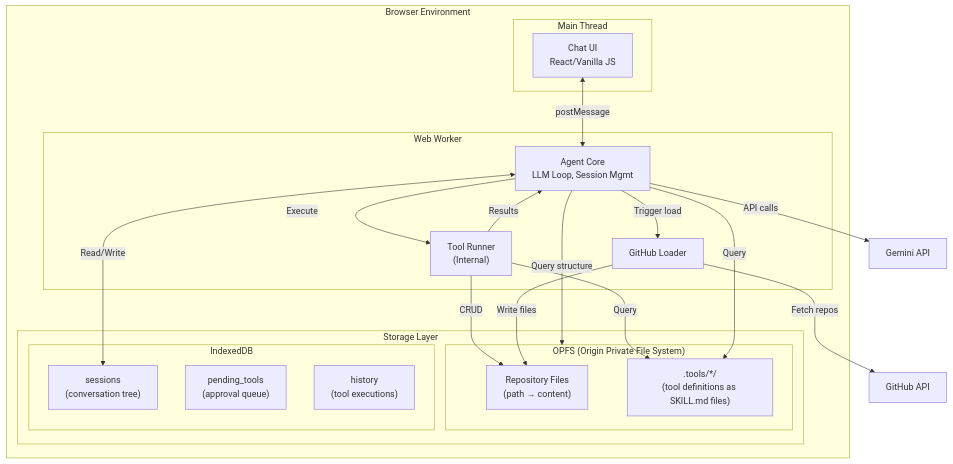
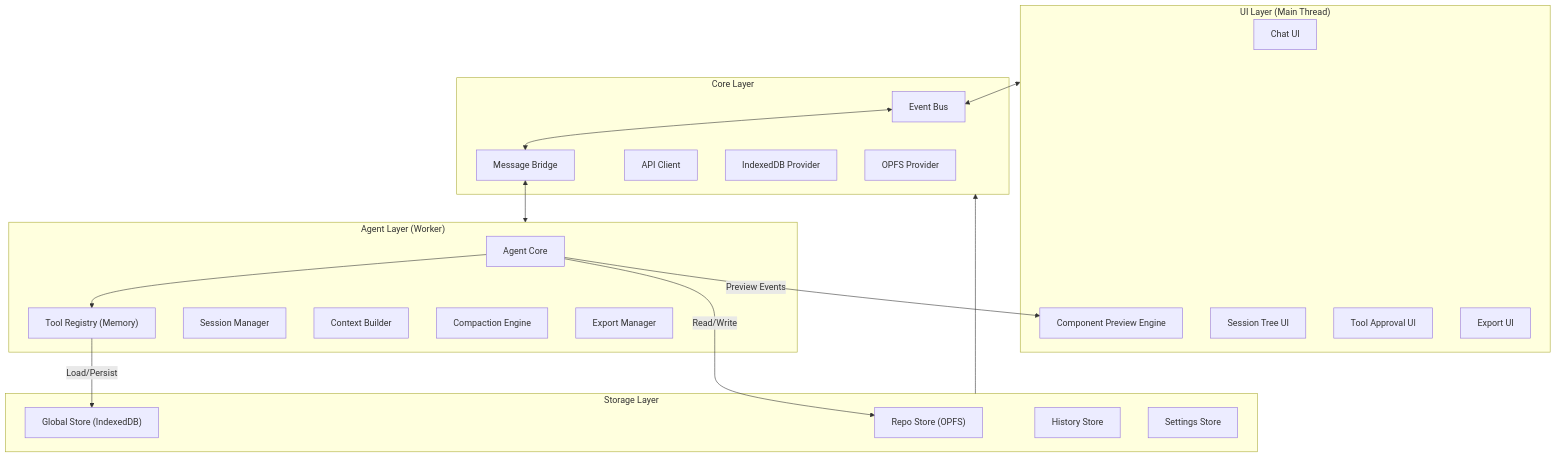
Before and after one commit to weolopez/aarchie-aardvark: the first of 5 diagrams in ARCHITECTURE.md, drawn with Mermaid. The commit also changed other lines of this file, not shown here.

````diff
--- a/ARCHITECTURE.md
+++ b/ARCHITECTURE.md
@@ -70,42 +42,46 @@
 ```mermaid
-flowchart TB
-    subgraph Browser["Browser Environment"]
-        subgraph MainThread["Main Thread"]
-            UI["Chat UI<br/>React/Vanilla JS"]
-        end
-        
-        subgraph Worker["Web Worker"]
-            Agent["Agent Core<br/>LLM Loop, Session Mgmt"]
-            ToolRunner["Tool Runner<br/>(Internal)"]
-            GL["GitHub Loader"]
-        end
-        
-        subgraph Storage["Storage Layer"]
-            subgraph OPFS["OPFS (Origin Private File System)"]
-                RepoFiles["Repository Files<br/>(path → content)"]
-                ToolFiles[".tools/*/<br/>(tool definitions as SKILL.md files)"]
-            end
-            subgraph IndexedDB["IndexedDB"]
-                SessionsTable["sessions<br/>(conversation tree)"]
-                PendingTools["pending_tools<br/>(approval queue)"]
-                HistoryTable["history<br/>(tool executions)"]
-            end
-        end
+graph TB
+    subgraph UI["UI Layer (Main Thread)"]
+        ChatUI["Chat UI"]
+        PreviewEngine["Component Preview Engine"]
+        SessionTreeUI["Session Tree UI"]
+        ToolApprovalUI["Tool Approval UI"]
+        ExportUI["Export UI"]
     end
+
+    subgraph Core["Core Layer"]
+        EventBus["Event Bus"]
+        MsgBridge["Message Bridge"]
+        APIClient["API Client"]
+        IndexedDB["IndexedDB Provider"]
+        OPFS["OPFS Provider"]
+    end
+
+    subgraph Agent["Agent Layer (Worker)"]
+        AgentCore["Agent Core"]
+        ToolRegistry["Tool Registry (Memory)"]
+        SessionMgr["Session Manager"]
+        ContextBuilder["Context Builder"]
+        Compaction["Compaction Engine"]
+        ExportMgr["Export Manager"]
+    end
+
+    subgraph Storage["Storage Layer"]
+        RepoStore["Repo Store (OPFS)"]
+        GlobalStore["Global Store (IndexedDB)"]
+        HistoryStore["History Store"]
+        SettingsStore["Settings Store"]
+    end
+
+    UI <--> EventBus
+    EventBus <--> MsgBridge
+    MsgBridge <--> Agent
     
-    LLM["Gemini API"]
-    GitHubAPI["GitHub API"]
+    AgentCore --> ToolRegistry
+    ToolRegistry -- Load/Persist --> GlobalStore
+    AgentCore -- Read/Write --> RepoStore
     
-    UI <-->|postMessage| Agent
-    Agent -->|Execute| ToolRunner
-    ToolRunner -->|CRUD| RepoFiles
-    ToolRunner -->|Query| ToolFiles
-    ToolRunner -->|Results| Agent
-    Agent <-->|Read/Write| SessionsTable
-    Agent -->|Query| ToolFiles
-    Agent -->|API calls| LLM
-    GL -->|Fetch repos| GitHubAPI
-    GL -->|Write files| RepoFiles
-    Agent -->|Trigger load| GL
-    Agent -->|Query structure| OPFS
+    AgentCore -- "Preview Events" --> PreviewEngine
+    
+    Storage --> Core
 ```
````
